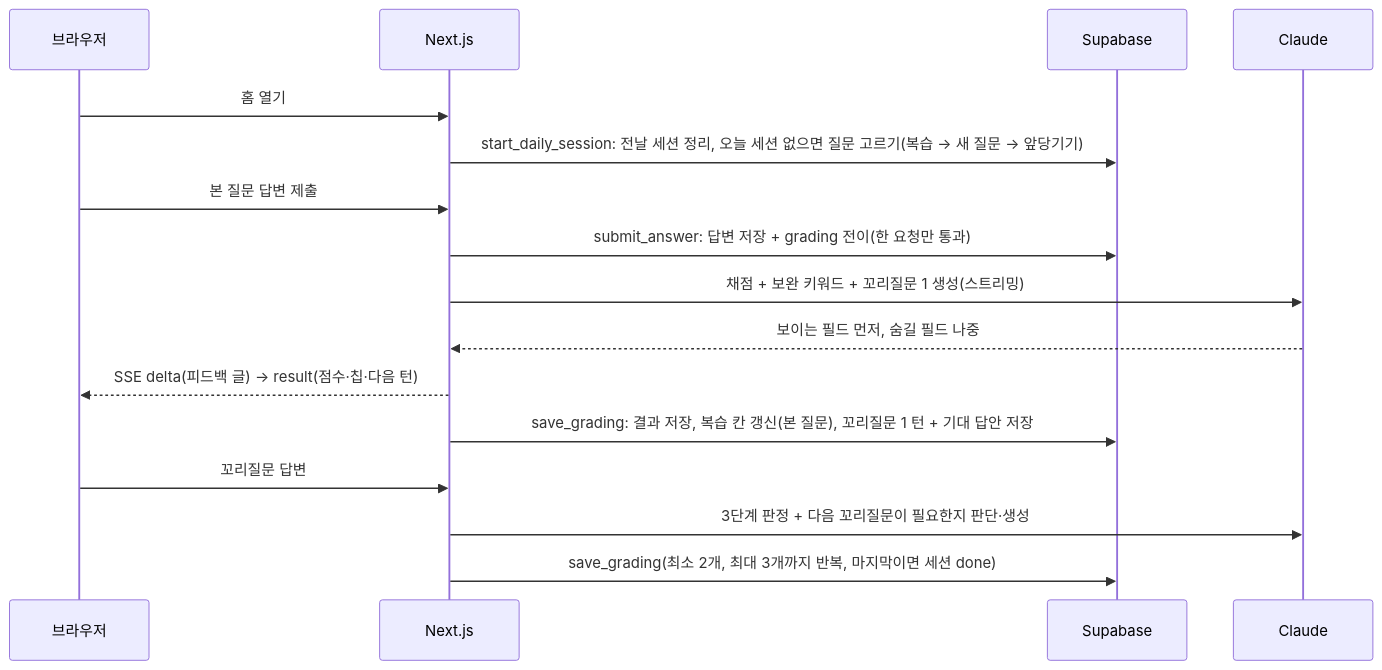
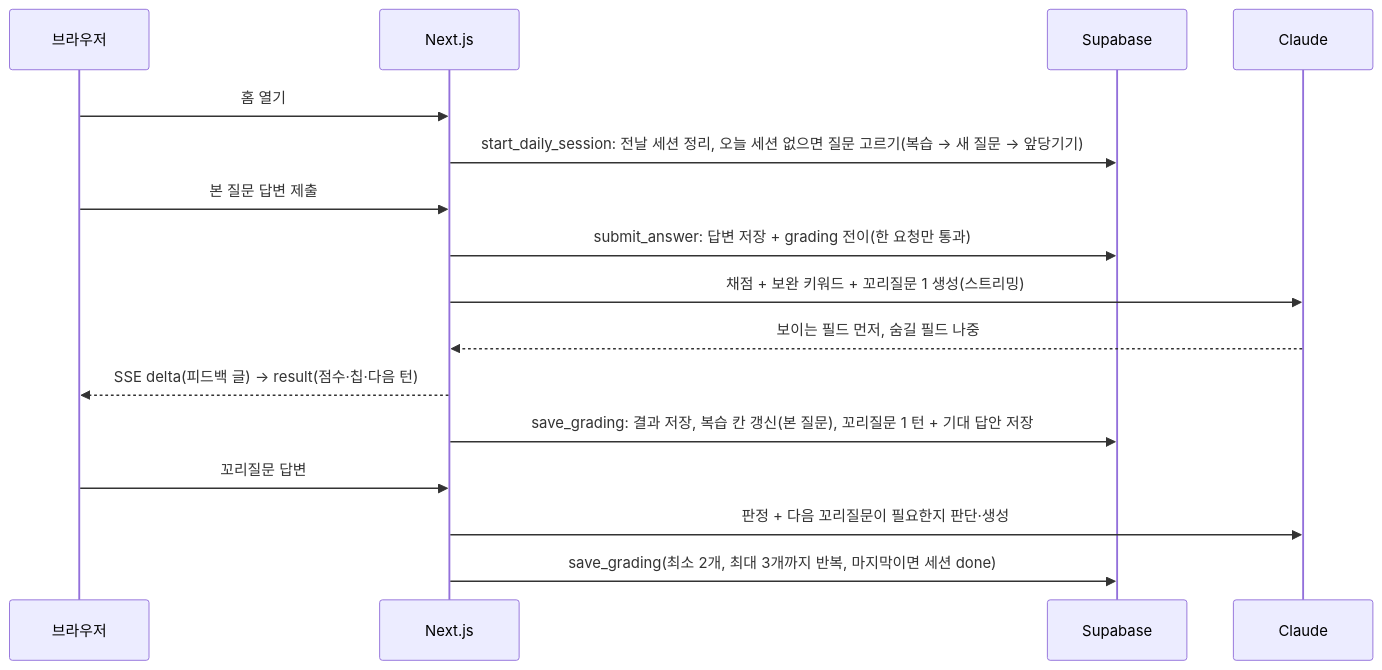
The second of 3 diagrams in docs/08-architecture.md (GREED-YI/tailq), drawn with Mermaid before and after one commit. The commit also changed other lines of this file and 2 other files, not shown here.

````diff
--- a/docs/08-architecture.md
+++ b/docs/08-architecture.md
@@ -69,18 +69,18 @@
 ```mermaid
 sequenceDiagram
   participant B as 브라우저
   participant N as Next.js
   participant D as Supabase
   participant A as Claude
   B->>N: 홈 열기
   N->>D: start_daily_session: 전날 세션 정리, 오늘 세션 없으면 질문 고르기(복습 → 새 질문 → 앞당기기)
   B->>N: 본 질문 답변 제출
   N->>D: submit_answer: 답변 저장 + grading 전이(한 요청만 통과)
   N->>A: 채점 + 보완 키워드 + 꼬리질문 1 생성(스트리밍)
   A-->>N: 보이는 필드 먼저, 숨길 필드 나중
   N-->>B: SSE delta(피드백 글) → result(점수·칩·다음 턴)
   N->>D: save_grading: 결과 저장, 복습 칸 갱신(본 질문), 꼬리질문 1 턴 + 기대 답안 저장
   B->>N: 꼬리질문 답변
-  N->>A: 3단계 판정 + 다음 꼬리질문이 필요한지 판단·생성
+  N->>A: 판정 + 다음 꼬리질문이 필요한지 판단·생성
   N->>D: save_grading(최소 2개, 최대 3개까지 반복, 마지막이면 세션 done)
 ```
````
